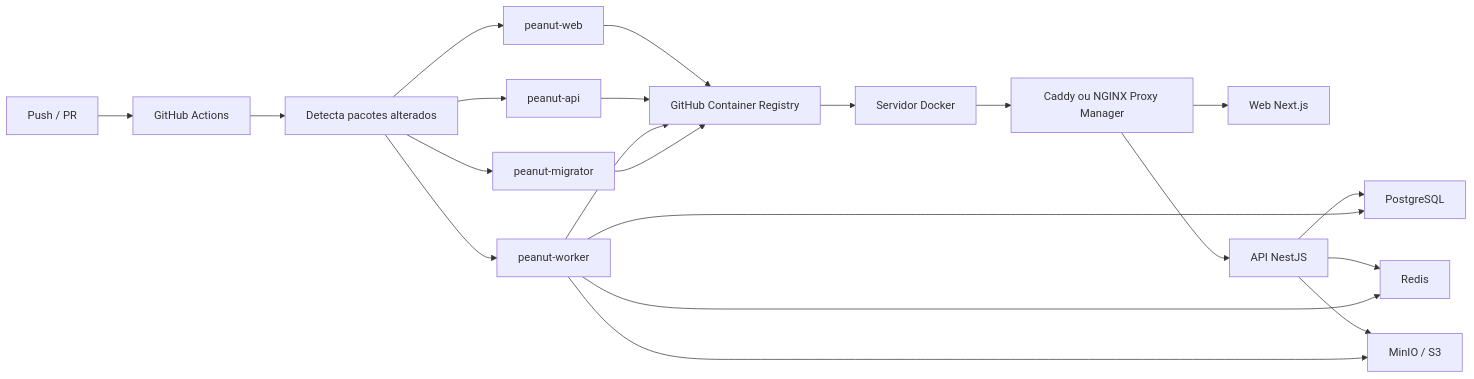
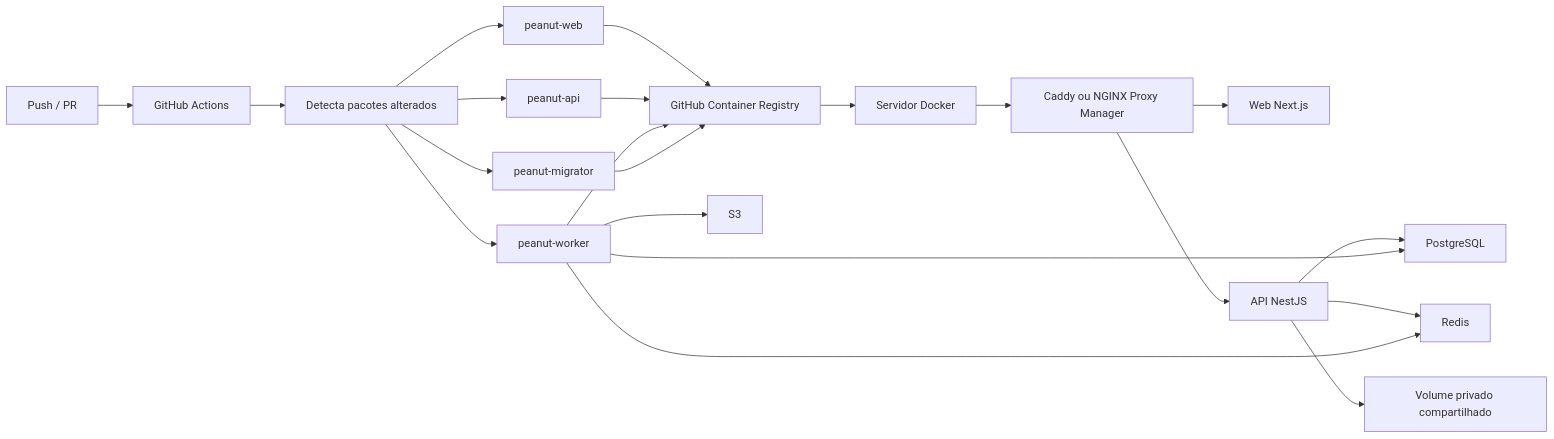
Before and after one commit to borges-br/peanutos: the diagram in docs/deployment/production-docker.md, drawn with Mermaid. The commit also changed other lines of this file and 95 other files, not shown here.

````diff
--- a/docs/deployment/production-docker.md
+++ b/docs/deployment/production-docker.md
@@ -13,23 +13,23 @@
 ```mermaid
 flowchart LR
   Dev["Push / PR"] --> Actions["GitHub Actions"]
   Actions --> Filter["Detecta pacotes alterados"]
   Filter --> Web["peanut-web"]
   Filter --> API["peanut-api"]
   Filter --> Worker["peanut-worker"]
   Filter --> Migrator["peanut-migrator"]
   Web --> GHCR["GitHub Container Registry"]
   API --> GHCR
   Worker --> GHCR
   Migrator --> GHCR
   GHCR --> Server["Servidor Docker"]
   Server --> Proxy["Caddy ou NGINX Proxy Manager"]
   Proxy --> Next["Web Next.js"]
   Proxy --> Nest["API NestJS"]
   Nest --> PG["PostgreSQL"]
   Nest --> Redis["Redis"]
-  Nest --> S3["MinIO / S3"]
+  Nest --> Storage["Volume privado compartilhado"]
   Worker --> PG
   Worker --> Redis
   Worker --> S3
 ```
````
